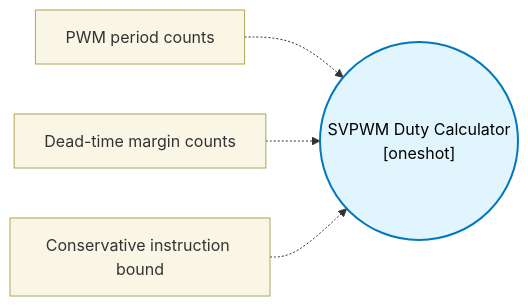
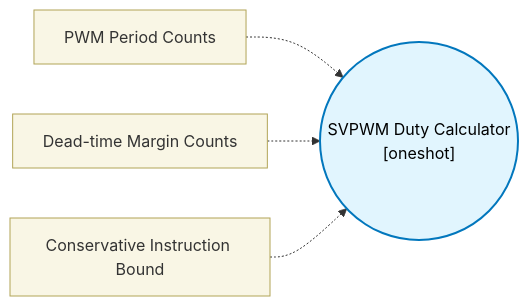
One commit to TexasInstruments/pru-no-code-tool changed the diagram in docs/block-reference/blocks/svpwm_block/design.md. Above: the diagram before and after it, drawn with Mermaid. The commit also changed other lines of this file and 89 other files, not shown here.

````diff
--- a/docs/block-reference/blocks/svpwm_block/design.md
+++ b/docs/block-reference/blocks/svpwm_block/design.md
@@ -11,9 +11,9 @@
 ```mermaid
 flowchart LR
   classDef config fill:#f9f6e5,stroke:#b1a457,stroke-width:1px,color:#333;
   classDef core fill:#e1f5fe,stroke:#0277bd,stroke-width:2px,color:#000;
   CORE(("SVPWM Duty Calculator\n[oneshot]")):::core
-  CFG0["PWM period counts"]:::config -.-> CORE
-  CFG1["Dead-time margin counts"]:::config -.-> CORE
-  CFG2["Conservative instruction bound"]:::config -.-> CORE
+  CFG0["PWM Period Counts"]:::config -.-> CORE
+  CFG1["Dead-time Margin Counts"]:::config -.-> CORE
+  CFG2["Conservative Instruction Bound"]:::config -.-> CORE
 ```
````
